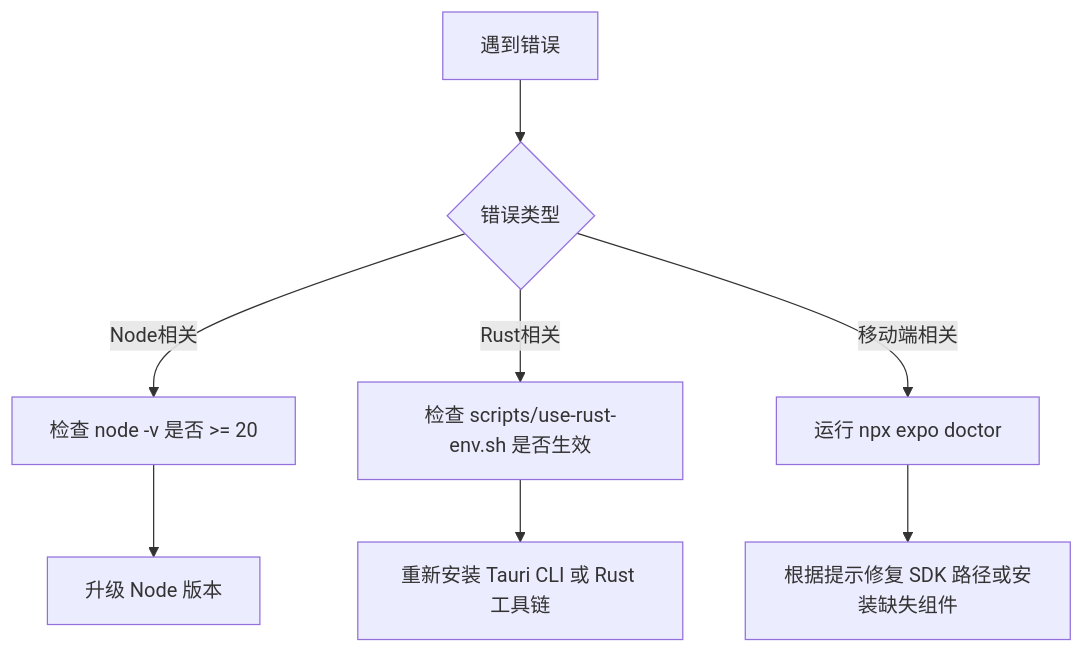
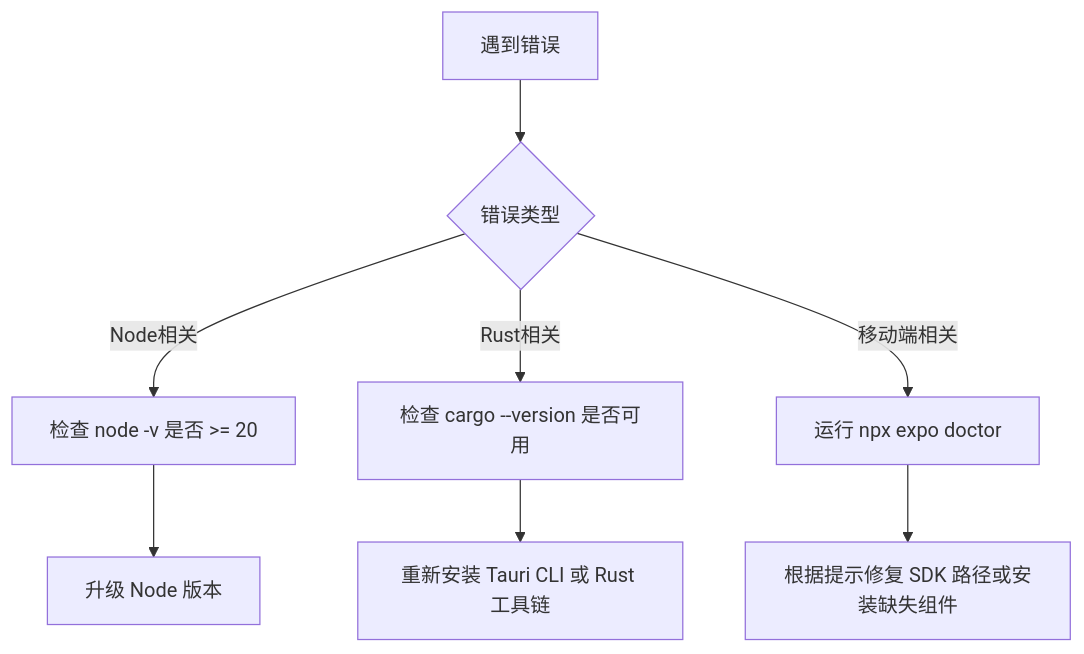
One commit to little1d/LightFlux changed the third of 3 diagrams in .trae/deepwiki/快速上手/环境准备.md. Above: the diagram before and after it, drawn with Mermaid. The commit also changed other lines of this file and 6 other files, not shown here.

````diff
--- a/.trae/deepwiki/快速上手/环境准备.md
+++ b/.trae/deepwiki/快速上手/环境准备.md
@@ -277,10 +253,10 @@
 ```mermaid
 flowchart TD
     Start[遇到错误] --> Type{错误类型}
     Type -- Node相关 --> NodeCheck[检查 node -v 是否 >= 20]
-    Type -- Rust相关 --> RustCheck[检查 scripts/use-rust-env.sh 是否生效]
+    Type -- Rust相关 --> RustCheck[检查 cargo --version 是否可用]
     Type -- 移动端相关 --> SDKCheck[运行 npx expo doctor]
     NodeCheck --> FixNode[升级 Node 版本]
     RustCheck --> FixRust[重新安装 Tauri CLI 或 Rust 工具链]
     SDKCheck --> FixSDK[根据提示修复 SDK 路径或安装缺失组件]
 ```
````
